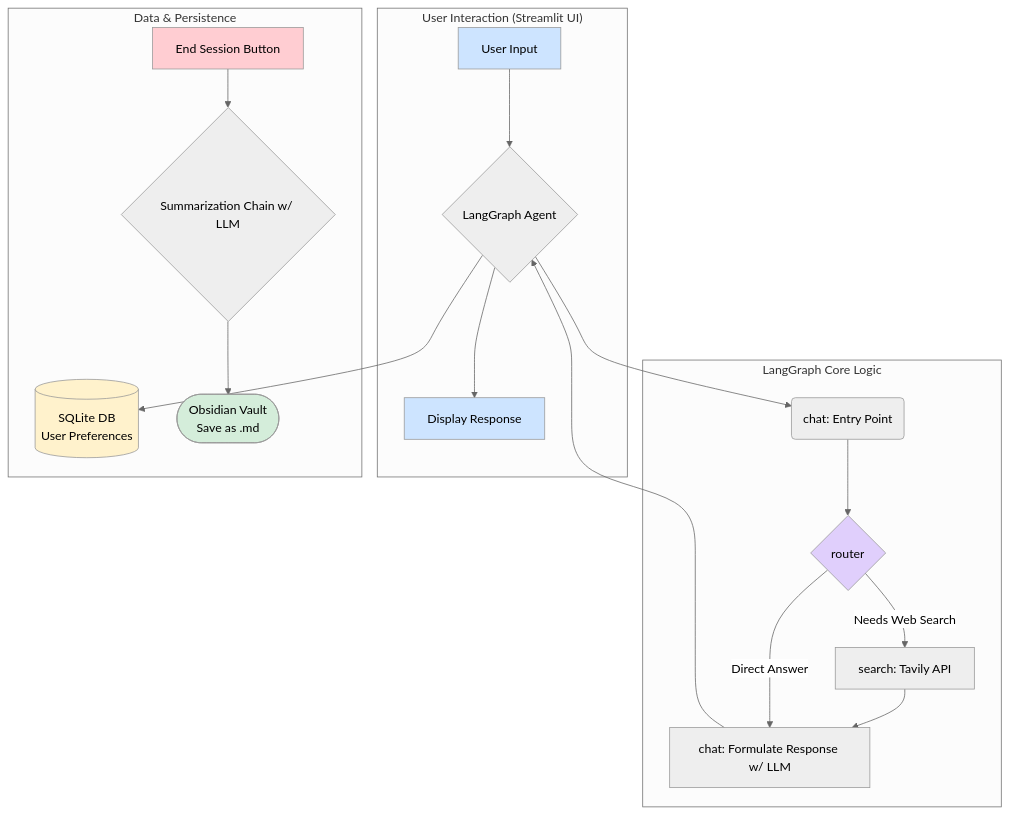
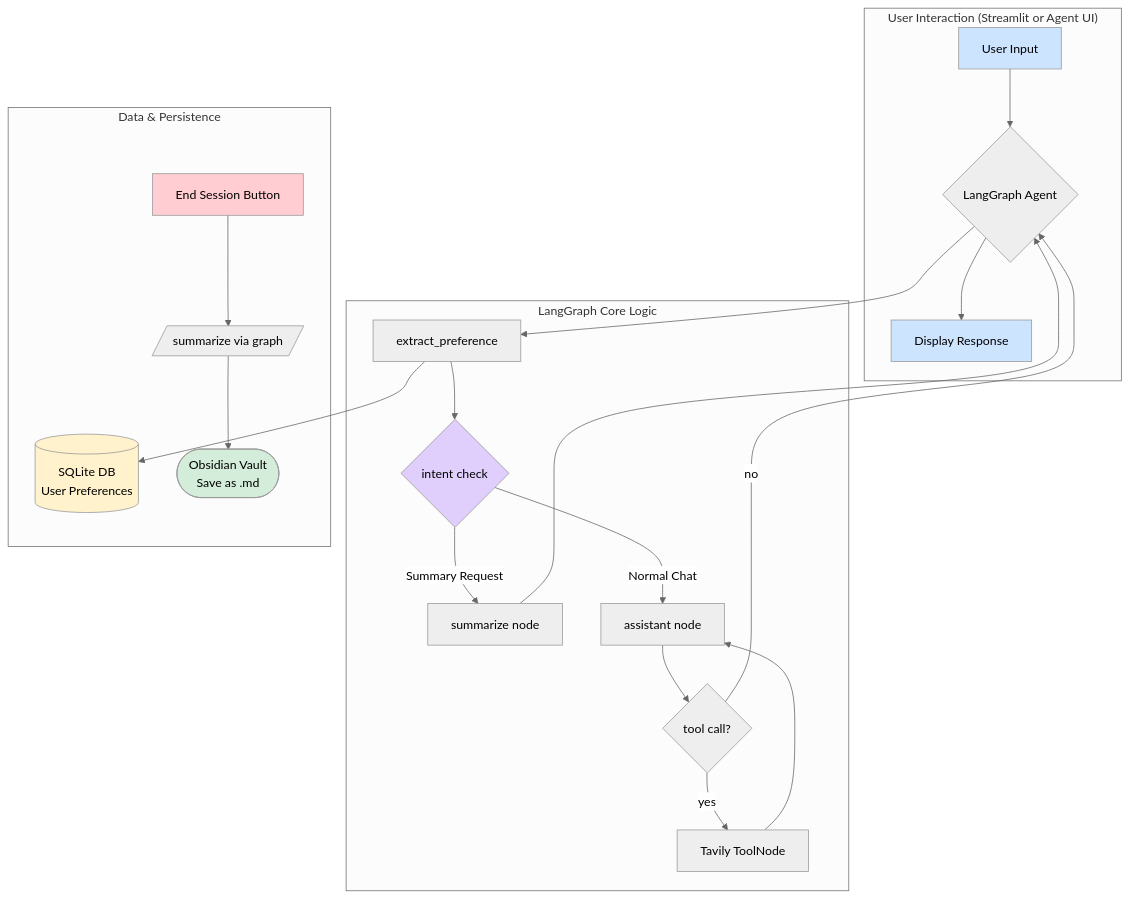
The diagram in README.md (thomastv/CogniGraph), drawn with Mermaid (neutral theme) before and after one commit. The commit also changed other lines of this file and 4 other files, not shown here.

First line of the commit message:
Enhance summarization capabilities and unify graph handling in CogniGraph

````diff
--- a/README.md
+++ b/README.md
@@ -13,30 +13,33 @@
 ```mermaid
 graph TD
-    subgraph "User Interaction (Streamlit UI)"
+    subgraph "User Interaction (Streamlit or Agent UI)"
         A[User Input] --> B{LangGraph Agent};
         B --> C[Display Response];
     end
 
     subgraph "LangGraph Core Logic"
-        B --> D(chat: Entry Point);
-        D --> E{router};
-        E -- Needs Web Search --> F[search: Tavily API];
-        F --> G[chat: Formulate Response w/ LLM];
-        E -- Direct Answer --> G;
-        G --> B;
+        B --> D[extract_preference];
+        D --> E{intent check};
+        E -- Summary Request --> F[summarize node];
+        E -- Normal Chat --> G[assistant node];
+        G --> H{tool call?};
+        H -- yes --> I[Tavily ToolNode];
+        I --> G;
+        H -- no --> B;
+        F --> B;
     end
 
     subgraph "Data & Persistence"
-        B --> H[(SQLite DB<br>User Preferences)];
-        I[End Session Button] --> J{Summarization Chain w/ LLM};
-        J --> K([Obsidian Vault<br>Save as .md]);
+        D --> J[(SQLite DB<br>User Preferences)];
+        K[End Session Button] --> L[/summarize via graph/];
+        L --> M([Obsidian Vault<br>Save as .md]);
     end
 
     style A fill:#cde4ff
     style C fill:#cde4ff
-    style I fill:#ffcdd2
-    style K fill:#d4edda
-    style H fill:#fff2cc
+    style K fill:#ffcdd2
+    style M fill:#d4edda
+    style J fill:#fff2cc
     style E fill:#e0cffc
 
 ```
````
